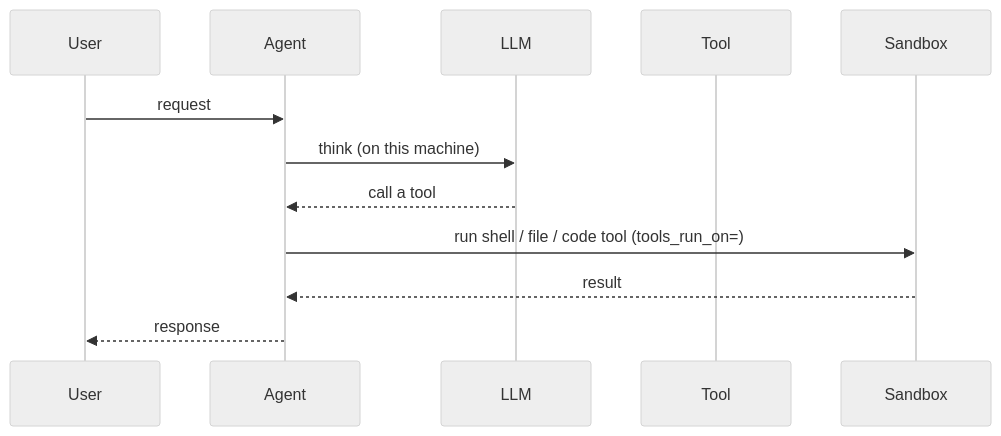
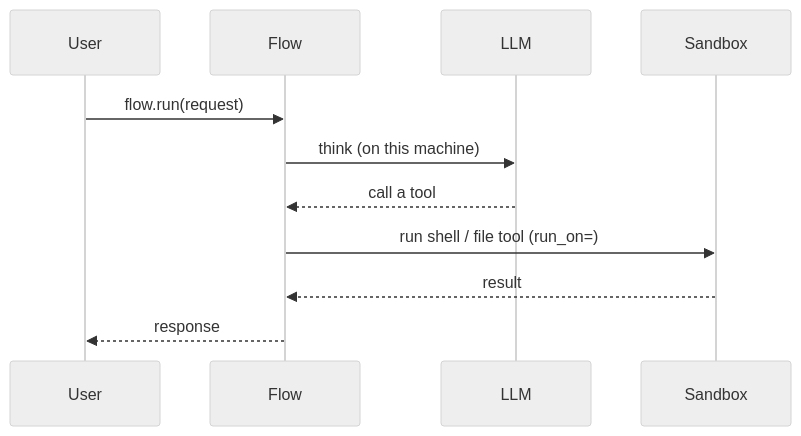
One commit to MervinPraison/PraisonAIDocs changed the second of 3 diagrams in docs/features/placement.mdx. Above: the diagram before and after it, drawn with Mermaid (neutral theme). The commit also changed other lines of this file and 19 other files, not shown here.

First line of the commit message:
docs: correct placement vocabulary to real SDK API (run_on / compute / sandbox)

````diff
--- a/docs/features/placement.mdx
+++ b/docs/features/placement.mdx
@@ -79,15 +84,14 @@
 ```mermaid
 sequenceDiagram
     participant User
-    participant Agent
+    participant Flow
     participant LLM
-    participant Tool
     participant Sandbox
 
-    User->>Agent: request
-    Agent->>LLM: think (on this machine)
-    LLM-->>Agent: call a tool
-    Agent->>Sandbox: run shell / file / code tool (tools_run_on=)
-    Sandbox-->>Agent: result
-    Agent-->>User: response
+    User->>Flow: flow.run(request)
+    Flow->>LLM: think (on this machine)
+    LLM-->>Flow: call a tool
+    Flow->>Sandbox: run shell / file tool (run_on=)
+    Sandbox-->>Flow: result
+    Flow-->>User: response
 ```
````
